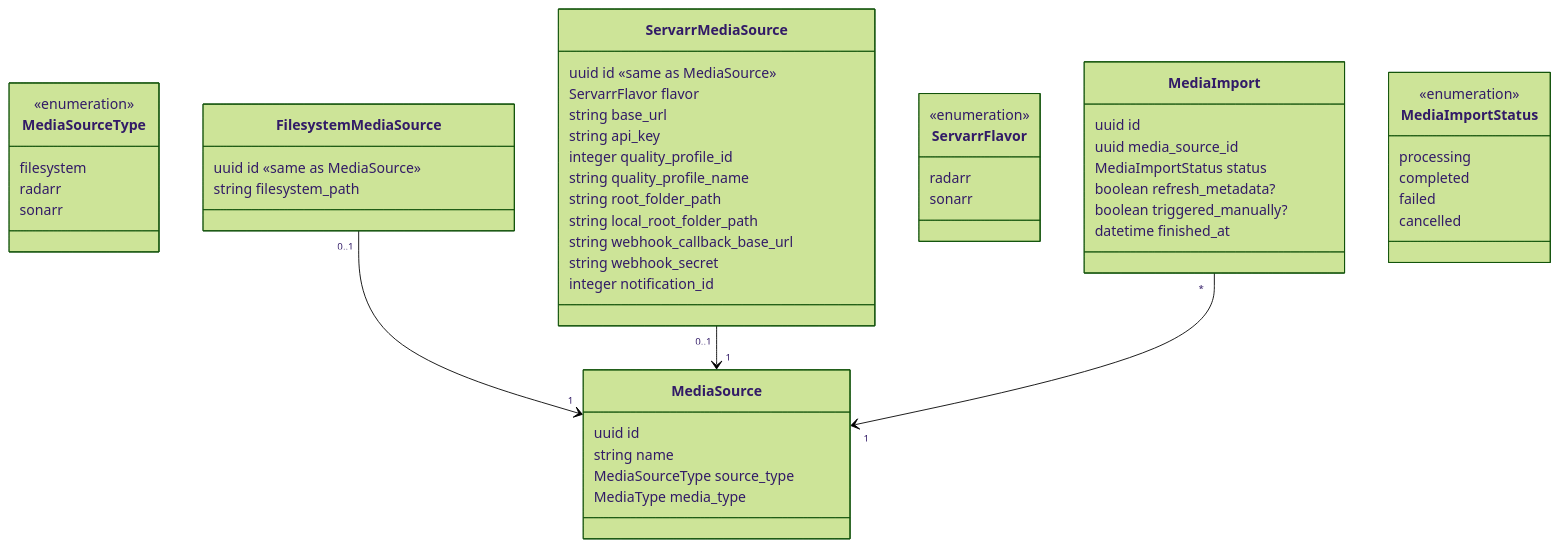
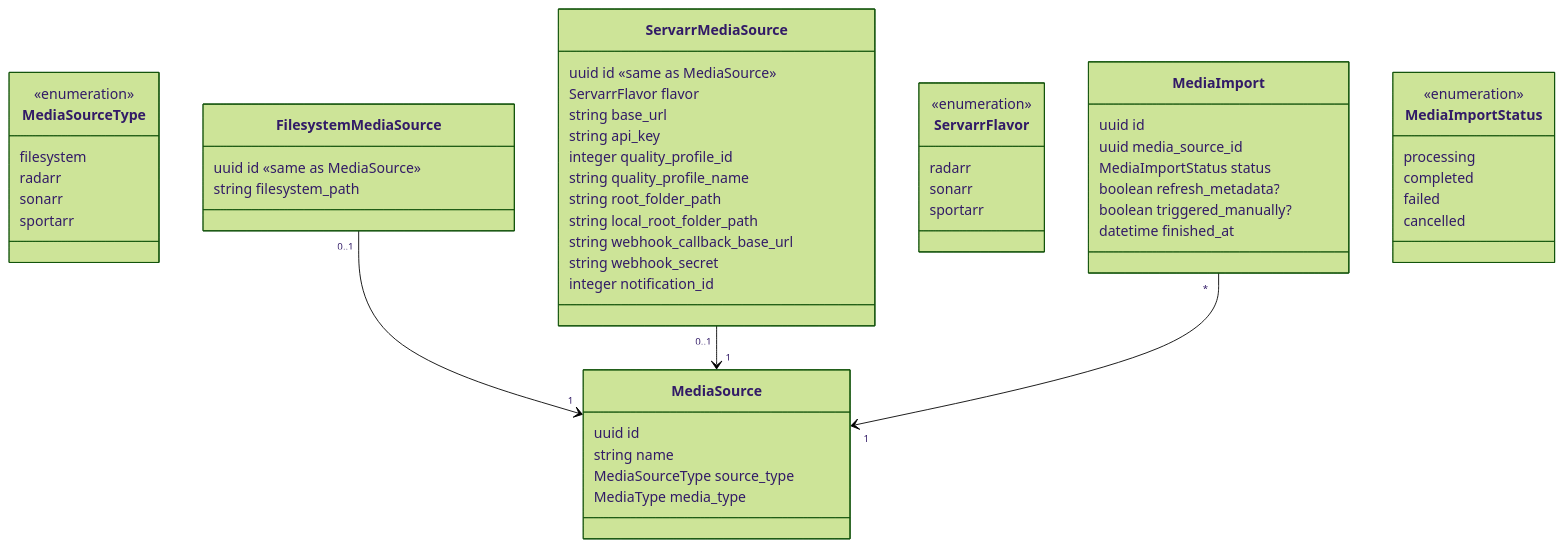
The sixth of 12 diagrams in docs/data-model.md (nat-e/watch_club), drawn with Mermaid (forest theme) before and after one commit. The commit also changed other lines of this file and 143 other files, not shown here.

````diff
--- a/docs/data-model.md
+++ b/docs/data-model.md
@@ -309,55 +328,57 @@
 ```mermaid
 classDiagram
   class MediaSource {
     uuid id
     string name
     MediaSourceType source_type
     MediaType media_type
   }
   class MediaSourceType {
     <<enumeration>>
     filesystem
     radarr
     sonarr
+    sportarr
   }
   class FilesystemMediaSource {
     uuid id «same as MediaSource»
     string filesystem_path
   }
   class ServarrMediaSource {
     uuid id «same as MediaSource»
     ServarrFlavor flavor
     string base_url
     string api_key
     integer quality_profile_id
     string quality_profile_name
     string root_folder_path
     string local_root_folder_path
     string webhook_callback_base_url
     string webhook_secret
     integer notification_id
   }
   class ServarrFlavor {
     <<enumeration>>
     radarr
     sonarr
+    sportarr
   }
   class MediaImport {
     uuid id
     uuid media_source_id
     MediaImportStatus status
     boolean refresh_metadata?
     boolean triggered_manually?
     datetime finished_at
   }
   class MediaImportStatus {
     <<enumeration>>
     processing
     completed
     failed
     cancelled
   }
   FilesystemMediaSource "0..1" --> "1" MediaSource
   ServarrMediaSource "0..1" --> "1" MediaSource
   MediaImport "*" --> "1" MediaSource
 ```
````
